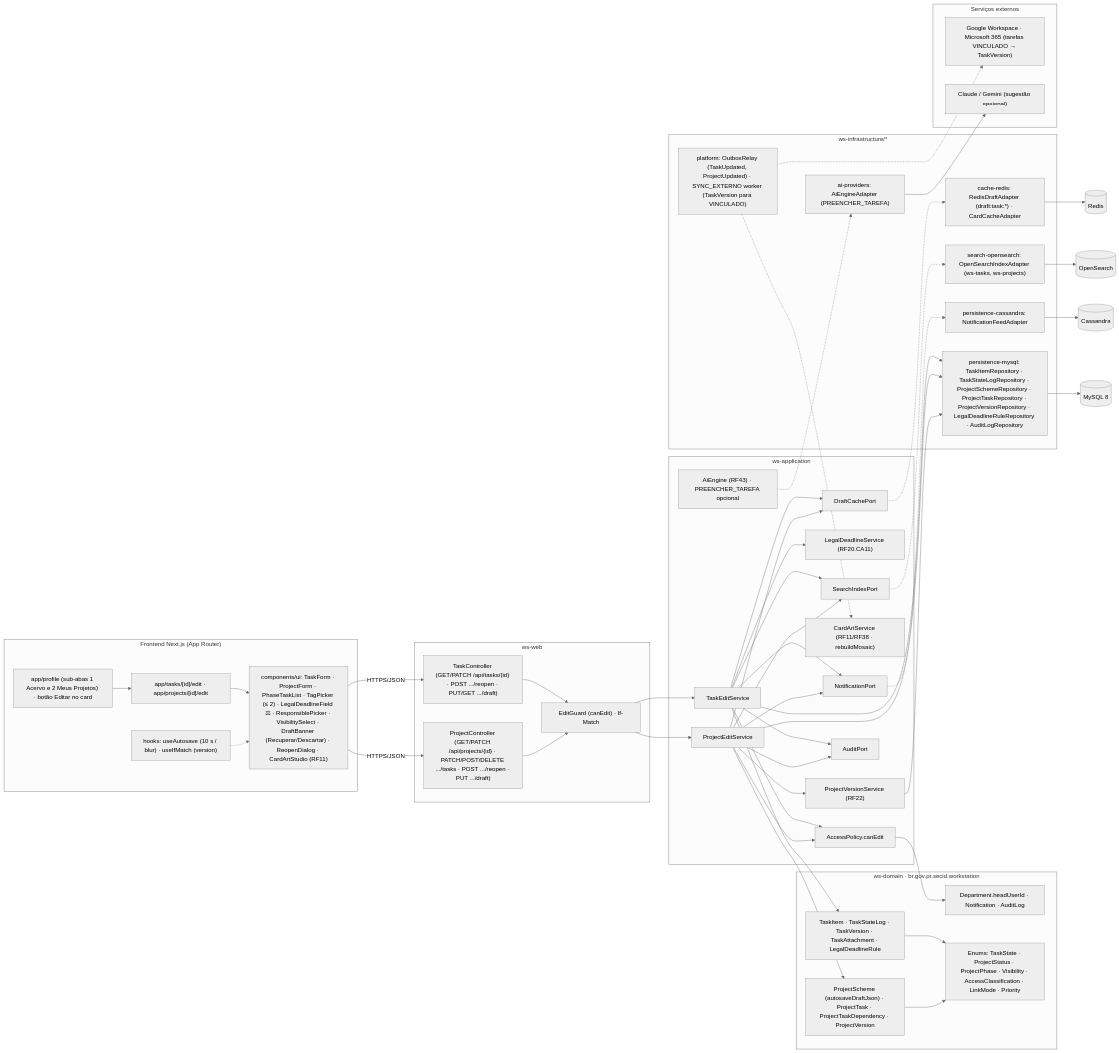
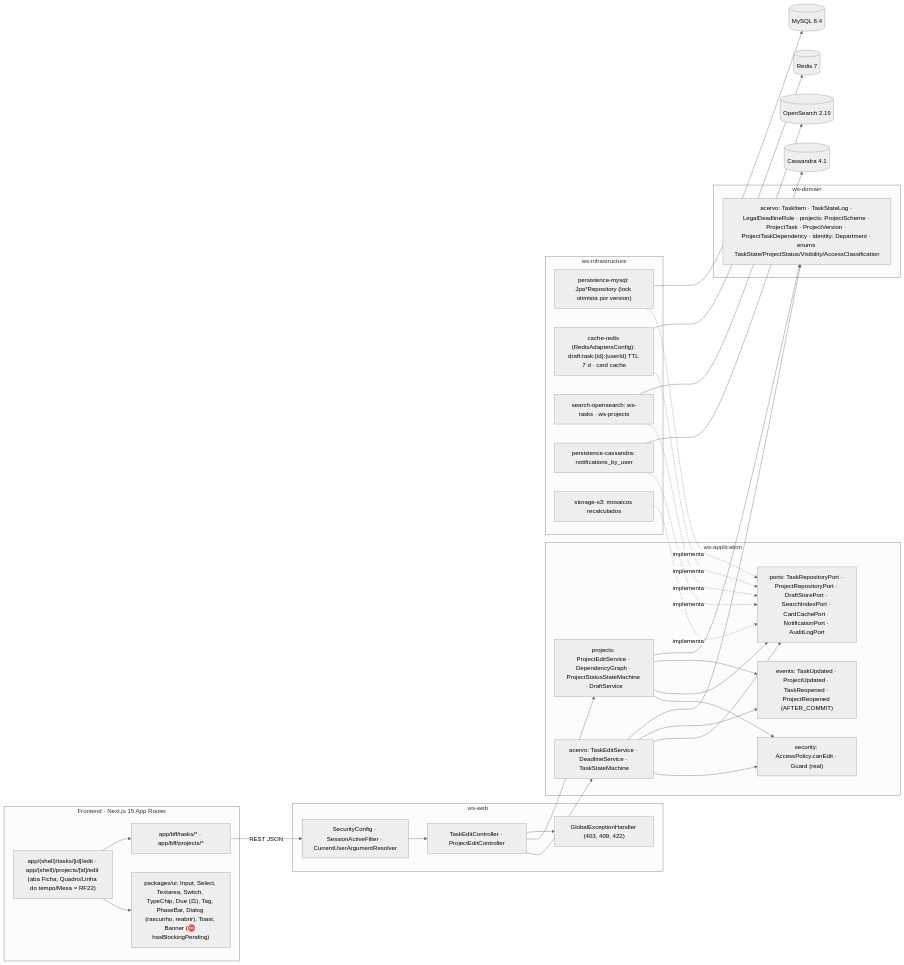
The fifth of 5 diagrams in docs/diagramas/RF12/README.md (MatheusHaliski/Decia-app-2026), drawn with Mermaid (neutral theme) before and after one commit. The commit also changed other lines of this file and 4 other files, not shown here.

First line of the commit message:
docs(diagramas): reescreve RF11–RF15 (estúdio do card, editar esquema, gerar artefato, página do departamento, página da empresa)

````diff
--- a/docs/diagramas/RF12/README.md
+++ b/docs/diagramas/RF12/README.md
@@ -533,90 +457,53 @@
 ```mermaid
 flowchart LR
-  subgraph FE["Frontend Next.js (App Router)"]
-    F1["app/profile (sub-abas 1 Acervo e 2 Meus Projetos) · botão Editar no card"]
-    F2["app/tasks/[id]/edit · app/projects/[id]/edit"]
-    F3["components/ui: TaskForm · ProjectForm · PhaseTaskList · TagPicker (≤ 2) · LegalDeadlineField ⚖ · ResponsiblePicker · VisibilitySelect · DraftBanner (Recuperar/Descartar) · ReopenDialog · CardArtStudio (RF11)"]
-    F4["hooks: useAutosave (10 s / blur) · useIfMatch (version)"]
+  subgraph FE["Frontend · Next.js 15 App Router"]
+    PG["app/(shell)/tasks/[id]/edit · app/(shell)/projects/[id]/edit (aba Ficha; Quadro/Linha do tempo/Mesa = RF22)"]
+    UI["packages/ui: Input, Select, Textarea, Switch, TypeChip, Due (⚖), Tag, PhaseBar, Dialog (rascunho, reabrir), Toast, Banner (⛔ hasBlockingPending)"]
+    BFF["app/bff/tasks/* · app/bff/projects/*"]
+    PG --> UI
+    PG --> BFF
+  end
+  subgraph WSWEB["ws-web"]
+    SEC["SecurityConfig · SessionActiveFilter · CurrentUserArgumentResolver"]
+    EC["TaskEditController · ProjectEditController"]
+    GEH["GlobalExceptionHandler (403, 409, 422)"]
+  end
+  subgraph WSAPP["ws-application"]
+    ACV["acervo: TaskEditService · DeadlineService · TaskStateMachine"]
+    PRJ["projects: ProjectEditService · DependencyGraph · ProjectStatusStateMachine · DraftService"]
+    SECU["security: AccessPolicy.canEdit · Guard (real)"]
+    PORTS["ports: TaskRepositoryPort · ProjectRepositoryPort · DraftStorePort · SearchIndexPort · CardCachePort · NotificationPort · AuditLogPort"]
+    EVT["events: TaskUpdated · ProjectUpdated · TaskReopened · ProjectReopened (AFTER_COMMIT)"]
+    ACV --> SECU
+    PRJ --> SECU
+    ACV --> PORTS
+    PRJ --> PORTS
+    ACV --> EVT
+    PRJ --> EVT
+  end
+  subgraph WSDOM["ws-domain"]
+    DOM["acervo: TaskItem · TaskStateLog · LegalDeadlineRule · projects: ProjectScheme · ProjectTask · ProjectVersion · ProjectTaskDependency · identity: Department · enums TaskState/ProjectStatus/Visibility/AccessClassification"]
+  end
+  subgraph INFRA["ws-infrastructure"]
+    MY["persistence-mysql: Jpa*Repository (lock otimista por version)"]
+    RDS["cache-redis (RedisAdaptersConfig): draft:task:{id}:{userId} TTL 7 d · card cache"]
+    OSE["search-opensearch: ws-tasks · ws-projects"]
+    CAS["persistence-cassandra: notifications_by_user"]
+    S3["storage-s3: mosaicos recalculados"]
   end
 
-  subgraph WEB["ws-web"]
-    C1["TaskController (GET/PATCH /api/tasks/{id} · POST .../reopen · PUT/GET .../draft)"]
-    C2["ProjectController (GET/PATCH /api/projects/{id} · PATCH/POST/DELETE .../tasks · POST .../reopen · PUT .../draft)"]
-    C3["EditGuard (canEdit) · If-Match"]
-  end
-
-  subgraph APP["ws-application"]
-    S1["TaskEditService"]
-    S2["ProjectEditService"]
-    S3["ProjectVersionService (RF22)"]
-    S4["LegalDeadlineService (RF20.CA11)"]
-    S5["AccessPolicy.canEdit"]
-    S6["CardArtService (RF11/RF38 · rebuildMosaic)"]
-    S7["AiEngine (RF43) · PREENCHER_TAREFA opcional"]
-    P1["DraftCachePort"]
-    P2["SearchIndexPort"]
-    P3["NotificationPort"]
-    P4["AuditPort"]
-  end
-
-  subgraph DOM["ws-domain · br.gov.pr.secid.workstation"]
-    D1["TaskItem · TaskStateLog · TaskVersion · TaskAttachment · LegalDeadlineRule"]
-    D2["ProjectScheme (autosaveDraftJson) · ProjectTask · ProjectTaskDependency · ProjectVersion"]
-    D3["Department.headUserId · Notification · AuditLog"]
-    D4["Enums: TaskState · ProjectStatus · ProjectPhase · Visibility · AccessClassification · LinkMode · Priority"]
-  end
-
-  subgraph INFRA["ws-infrastructure/*"]
-    I1["persistence-mysql: TaskItemRepository · TaskStateLogRepository · ProjectSchemeRepository · ProjectTaskRepository · ProjectVersionRepository · LegalDeadlineRuleRepository · AuditLogRepository"]
-    I2["cache-redis: RedisDraftAdapter (draft:task:*) · CardCacheAdapter"]
-    I3["search-opensearch: OpenSearchIndexAdapter (ws-tasks, ws-projects)"]
-    I4["persistence-cassandra: NotificationFeedAdapter"]
-    I5["platform: OutboxRelay (TaskUpdated, ProjectUpdated) · SYNC_EXTERNO worker (TaskVersion para VINCULADO)"]
-    I6["ai-providers: AiEngineAdapter (PREENCHER_TAREFA)"]
-  end
-
-  subgraph EXT["Serviços externos"]
-    X1["Google Workspace · Microsoft 365 (tarefas VINCULADO → TaskVersion)"]
-    X2["Claude / Gemini (sugestão opcional)"]
-  end
-
-  MY[("MySQL 8")]
-  RD[("Redis")]
-  OS[("OpenSearch")]
-  CA[("Cassandra")]
-
-  F1 --> F2 --> F3
-  F4 -.-> F3
-  F3 -->|"HTTPS/JSON"| C1 --> C3 --> S1
-  F3 -->|"HTTPS/JSON"| C2 --> C3 --> S2
-  S1 --> S5
-  S2 --> S5
-  S1 --> S4
-  S2 --> S3
-  S1 --> P1
-  S2 --> P1
-  S1 --> P2
-  S2 --> P2
-  S1 --> P3
-  S2 --> P3
-  S1 --> P4
-  S2 --> P4
-  S1 --> D1
-  S2 --> D2
-  S5 --> D3
-  D1 --> D4
-  D2 --> D4
-  S1 --> I1
-  S2 --> I1
-  S3 --> I1
-  P1 -.-> I2
-  P2 -.-> I3
-  P3 -.-> I4
-  I5 -.-> S6
-  I5 -.-> X1
-  S7 -.-> I6 --> X2
-  I1 --> MY
-  I2 --> RD
-  I3 --> OS
-  I4 --> CA
+  BFF -->|"REST JSON"| SEC --> EC --> ACV
+  EC --> PRJ
+  EC --> GEH
+  MY -.implementa.-> PORTS
+  RDS -.implementa.-> PORTS
+  OSE -.implementa.-> PORTS
+  CAS -.implementa.-> PORTS
+  S3 -.implementa.-> PORTS
+  ACV --> DOM
+  PRJ --> DOM
+  MY --> DB[("MySQL 8.4")]
+  RDS --> RD[("Redis 7")]
+  OSE --> OSX[("OpenSearch 2.19")]
+  CAS --> CDB[("Cassandra 4.1")]
 ```
````
